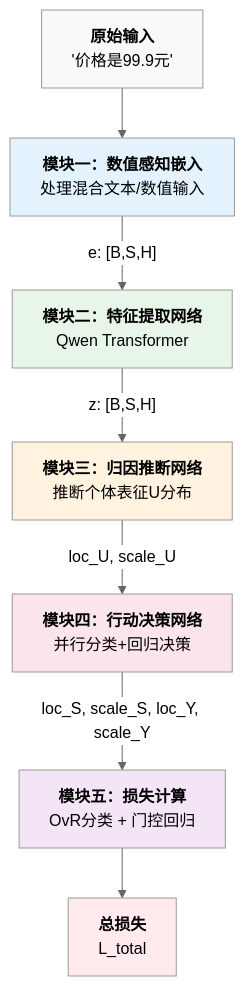
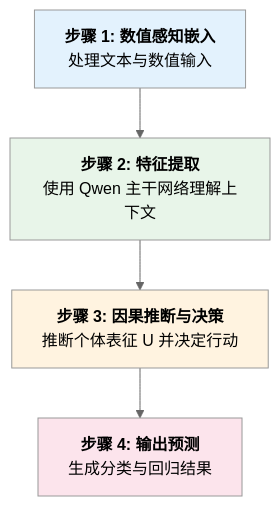
Before and after one commit to 1587causalai/CausalQwen: the first of 9 diagrams in docs/mathematical_foundations.md, drawn with Mermaid (neutral theme). The commit also changed other lines of this file and 1 other file, not shown here.

````diff
--- a/docs/mathematical_foundations.md
+++ b/docs/mathematical_foundations.md
@@ -26,17 +381,12 @@
 ```mermaid
 graph TD
-    A["<b>原始输入</b><br>'价格是99.9元'"] --> B["<b>模块一：数值感知嵌入</b><br>处理混合文本/数值输入"];
-    B --> |"e: [B,S,H]"| C["<b>模块二：特征提取网络</b><br>Qwen Transformer"];
-    C --> |"z: [B,S,H]"| D["<b>模块三：归因推断网络</b><br>推断个体表征U分布"];
-    D --> |"loc_U, scale_U"| E["<b>模块四：行动决策网络</b><br>并行分类+回归决策"];
-    E --> |"loc_S, scale_S, loc_Y, scale_Y"| F["<b>模块五：损失计算</b><br>OvR分类 + 门控回归"];
-    F --> G["<b>总损失</b><br>L_total"];
+    A["<b>步骤 1: 数值感知嵌入</b><br>处理文本与数值输入"] --> B;
+    B["<b>步骤 2: 特征提取</b><br>使用 Qwen 主干网络理解上下文"];
+    B --> C["<b>步骤 3: 因果推断与决策</b><br>推断个体表征 U 并决定行动"];
+    C --> D["<b>步骤 4: 输出预测</b><br>生成分类与回归结果"];
 
-    style A fill:#f9f9f9
-    style B fill:#e3f2fd
-    style C fill:#e8f5e9
-    style D fill:#fff3e0
-    style E fill:#fce4ec
-    style F fill:#f3e5f5
-    style G fill:#ffebee
+    style A fill:#e3f2fd
+    style B fill:#e8f5e9
+    style C fill:#fff3e0
+    style D fill:#fce4ec
 ```
````
